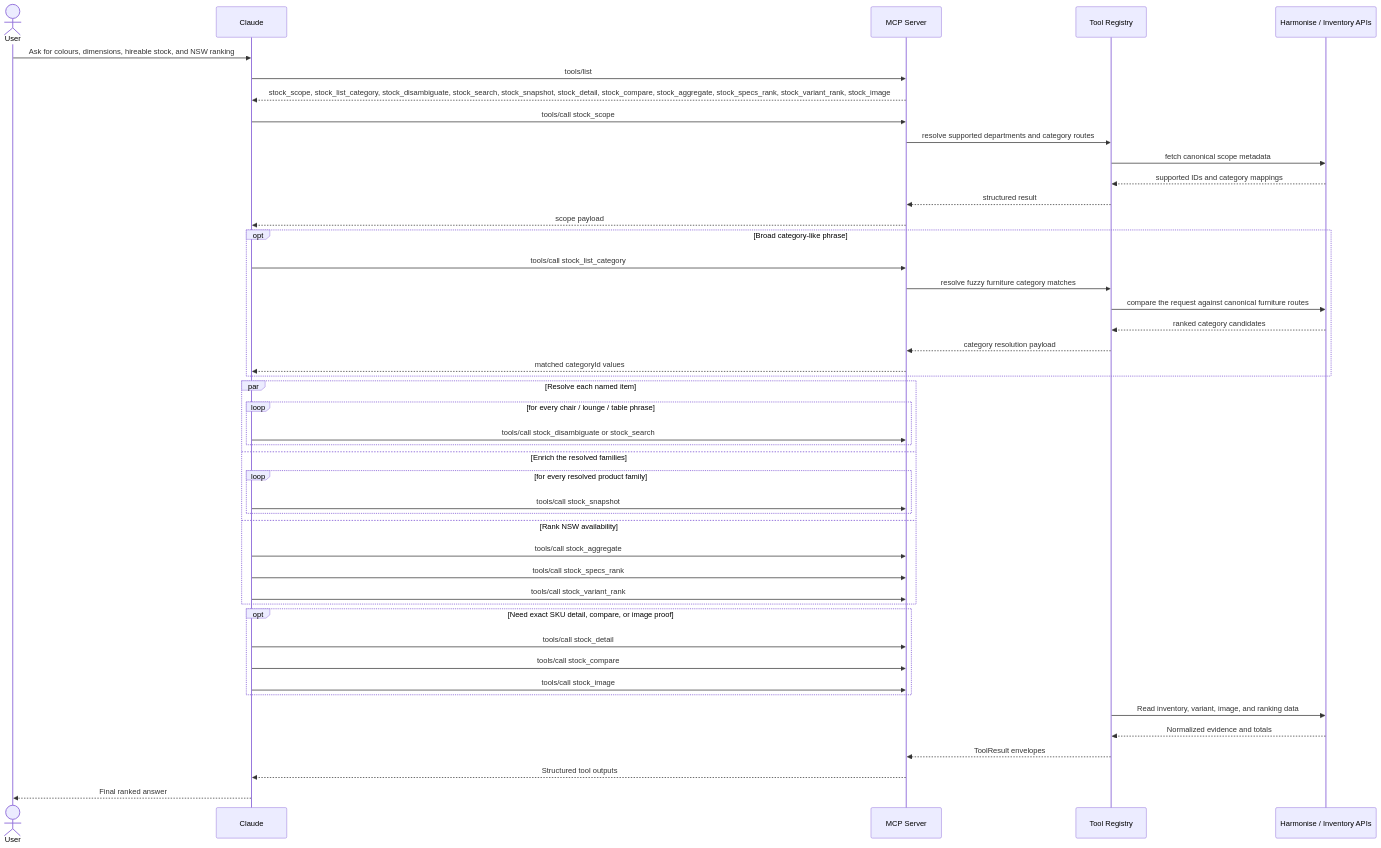
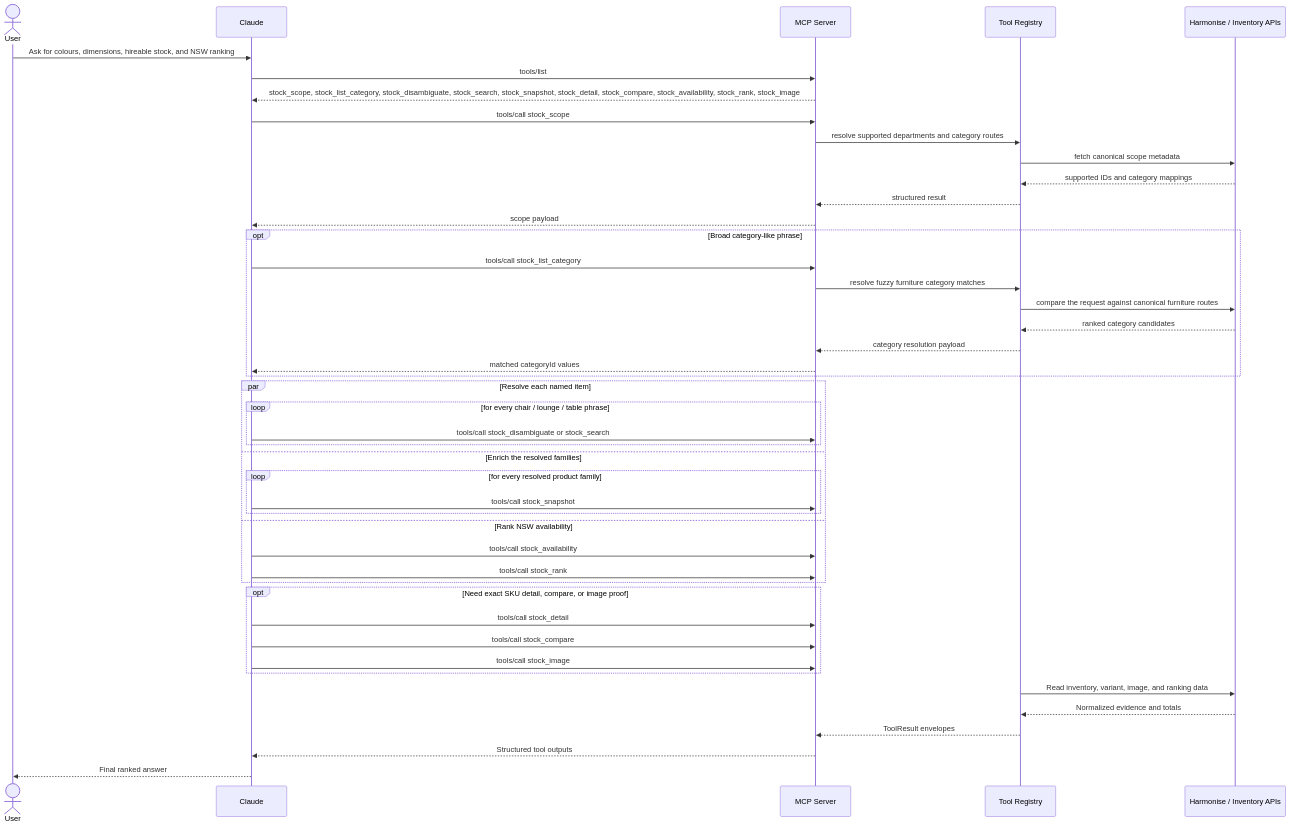
Before and after one commit to Lelekhoa1812/Acnt-MCP: the diagram in docs/phase2/flow.md, drawn with Mermaid. The commit also changed other lines of this file and 18 other files, not shown here.

First line of the commit message:
stock_specs_rank → stock_rank; disable stock_variant_rank (comment-out)

````diff
--- a/docs/phase2/flow.md
+++ b/docs/phase2/flow.md
@@ -37,54 +37,53 @@
 ```mermaid
 sequenceDiagram
     actor U as User
     participant C as Claude
     participant M as MCP Server
     participant R as Tool Registry
     participant H as Harmonise / Inventory APIs
 
     U->>C: Ask for colours, dimensions, hireable stock, and NSW ranking
     C->>M: tools/list
-    M-->>C: stock_scope, stock_list_category, stock_disambiguate, stock_search, stock_snapshot, stock_detail, stock_compare, stock_aggregate, stock_specs_rank, stock_variant_rank, stock_image
+    M-->>C: stock_scope, stock_list_category, stock_disambiguate, stock_search, stock_snapshot, stock_detail, stock_compare, stock_availability, stock_rank, stock_image
 
     C->>M: tools/call stock_scope
     M->>R: resolve supported departments and category routes
     R->>H: fetch canonical scope metadata
     H-->>R: supported IDs and category mappings
     R-->>M: structured result
     M-->>C: scope payload
 
     opt Broad category-like phrase
         C->>M: tools/call stock_list_category
         M->>R: resolve fuzzy furniture category matches
         R->>H: compare the request against canonical furniture routes
         H-->>R: ranked category candidates
         R-->>M: category resolution payload
         M-->>C: matched categoryId values
     end
 
     par Resolve each named item
         loop for every chair / lounge / table phrase
             C->>M: tools/call stock_disambiguate or stock_search
         end
     and Enrich the resolved families
         loop for every resolved product family
             C->>M: tools/call stock_snapshot
         end
     and Rank NSW availability
-        C->>M: tools/call stock_aggregate
-        C->>M: tools/call stock_specs_rank
-        C->>M: tools/call stock_variant_rank
+        C->>M: tools/call stock_availability
+        C->>M: tools/call stock_rank
     end
 
     opt Need exact SKU detail, compare, or image proof
         C->>M: tools/call stock_detail
         C->>M: tools/call stock_compare
         C->>M: tools/call stock_image
     end
 
     R->>H: Read inventory, variant, image, and ranking data
     H-->>R: Normalized evidence and totals
     R-->>M: ToolResult envelopes
     M-->>C: Structured tool outputs
     C-->>U: Final ranked answer
 ```
````
